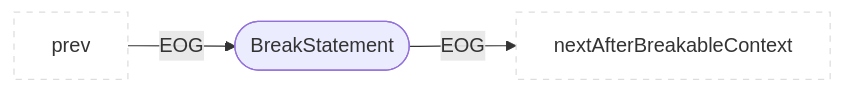
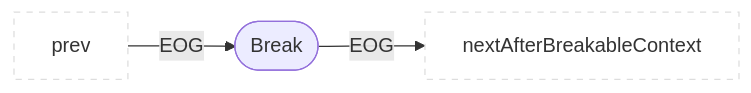
Diagram 22 of 49 in docs/docs/CPG/specs/eog.md (Fraunhofer-AISEC/cpg), drawn with Mermaid before and after one commit. The commit also changed other lines of this file and 99 other files, not shown here.

````diff
--- a/docs/docs/CPG/specs/eog.md
+++ b/docs/docs/CPG/specs/eog.md
@@ -451,6 +451,6 @@
 ```mermaid
 flowchart LR
   classDef outer fill:#fff,stroke:#ddd,stroke-dasharray:5 5;
   prev:::outer --EOG--> parent
-  parent(["BreakStatement"]) --EOG--> nextAfterBreakableContext:::outer
+  parent(["Break"]) --EOG--> nextAfterBreakableContext:::outer
 ```
````
